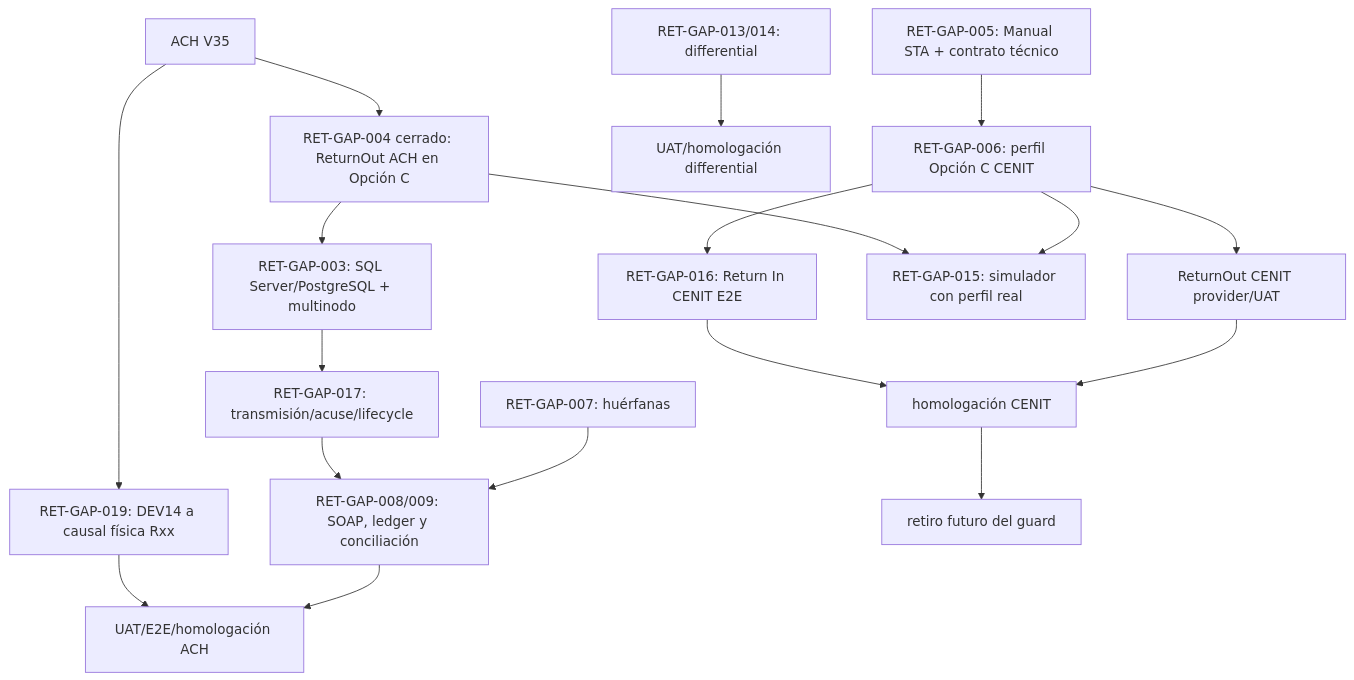
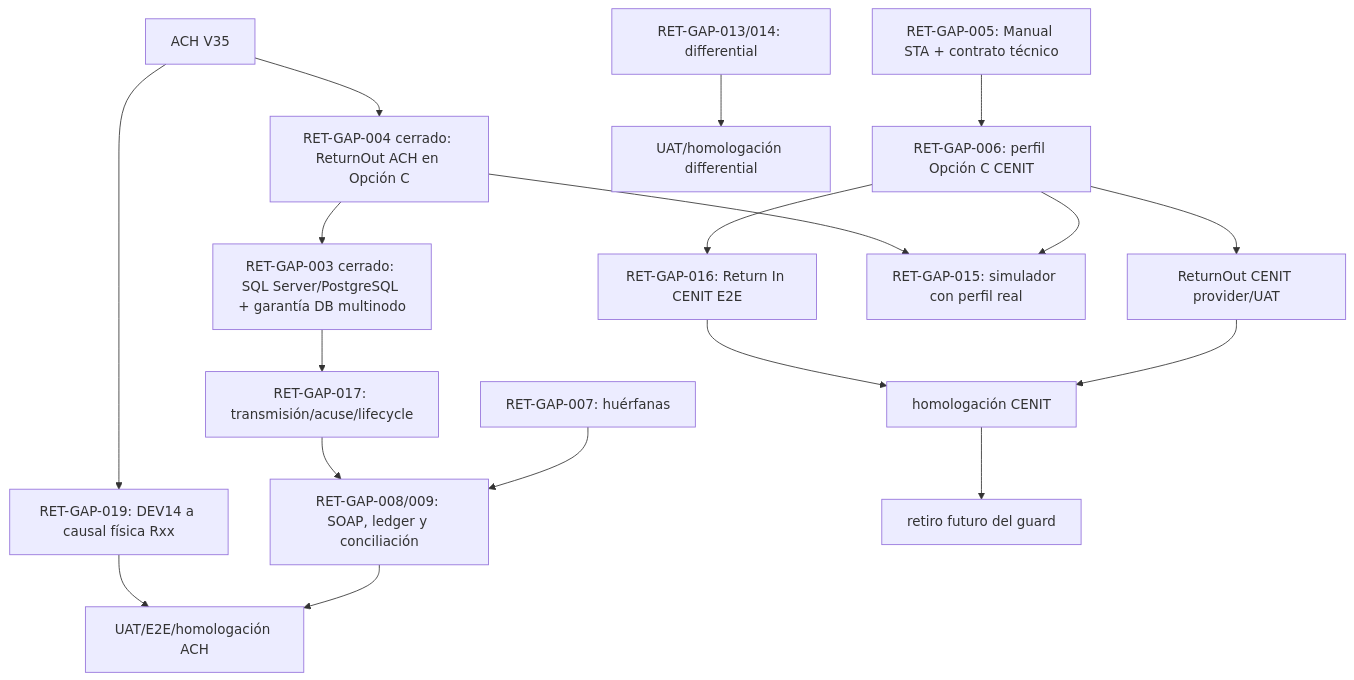
The diagram in docs/returns/MAPA_MAESTRO_BRECHAS_DEVOLUCIONES.md (szapata85/ACHInterbank), drawn with Mermaid before and after one commit. The commit also changed other lines of this file and 26 other files, not shown here.

Commit message:
RET-GAP-003 queda CERRADA Y DEMOSTRADA para las devoluciones

````diff
--- a/docs/returns/MAPA_MAESTRO_BRECHAS_DEVOLUCIONES.md
+++ b/docs/returns/MAPA_MAESTRO_BRECHAS_DEVOLUCIONES.md
@@ -334,22 +335,22 @@
 ```mermaid
 flowchart TD
   V35[ACH V35] --> AOP[RET-GAP-004 cerrado: ReturnOut ACH en Opción C]
-  AOP --> APROV[RET-GAP-003: SQL Server/PostgreSQL + multinodo]
+  AOP --> APROV[RET-GAP-003 cerrado: SQL Server/PostgreSQL + garantía DB multinodo]
   V35 --> ACAUSE[RET-GAP-019: DEV14 a causal física Rxx]
   ACAUSE --> AUAT
   APROV --> AACK[RET-GAP-017: transmisión/acuse/lifecycle]
   AACK --> RECON[RET-GAP-008/009: SOAP, ledger y conciliación]
   RECON --> AUAT[UAT/E2E/homologación ACH]
 
   STA[RET-GAP-005: Manual STA + contrato técnico] --> CPROF[RET-GAP-006: perfil Opción C CENIT]
   CPROF --> CIN[RET-GAP-016: Return In CENIT E2E]
   CPROF --> COUT[ReturnOut CENIT provider/UAT]
   CIN --> CHOM[homologación CENIT]
   COUT --> CHOM
   CHOM --> UNBLOCK[retiro futuro del guard]
 
   ORPH[RET-GAP-007: huérfanas] --> RECON
   DIFF[RET-GAP-013/014: differential] --> DUAT[UAT/homologación differential]
   AOP --> SIM[RET-GAP-015: simulador con perfil real]
   CPROF --> SIM
 ```
````
